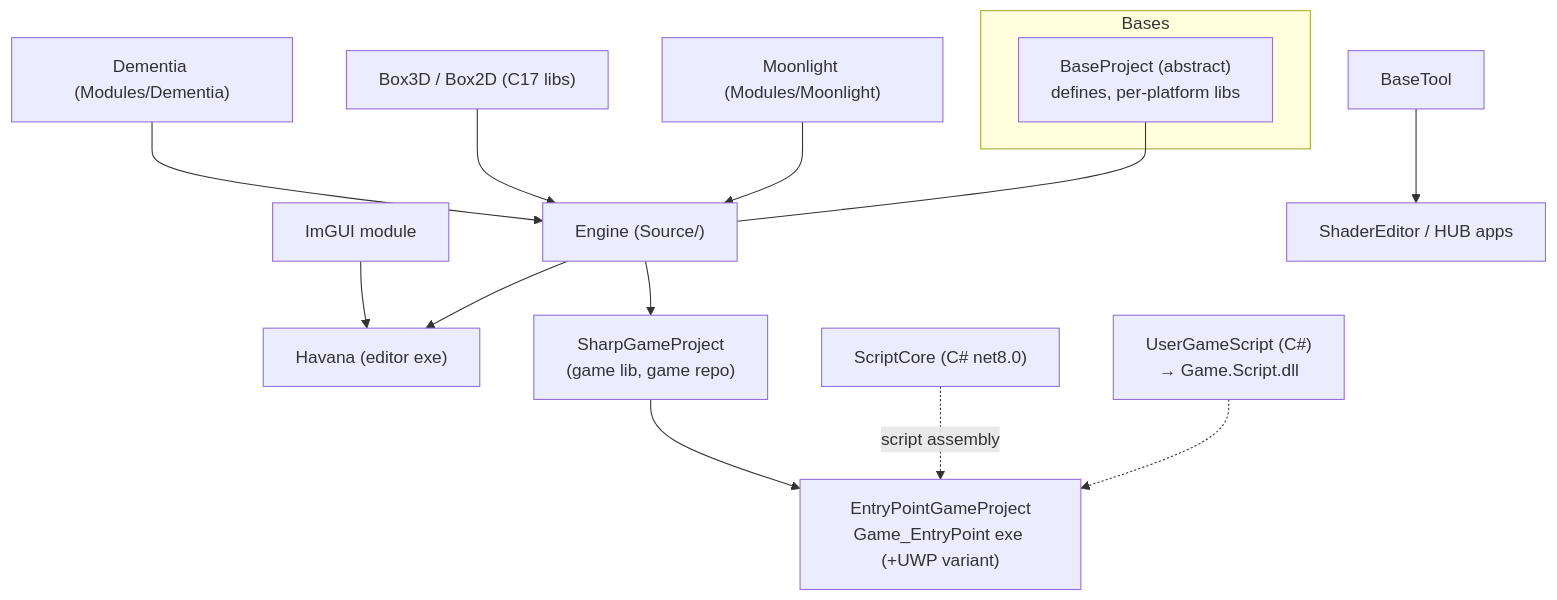
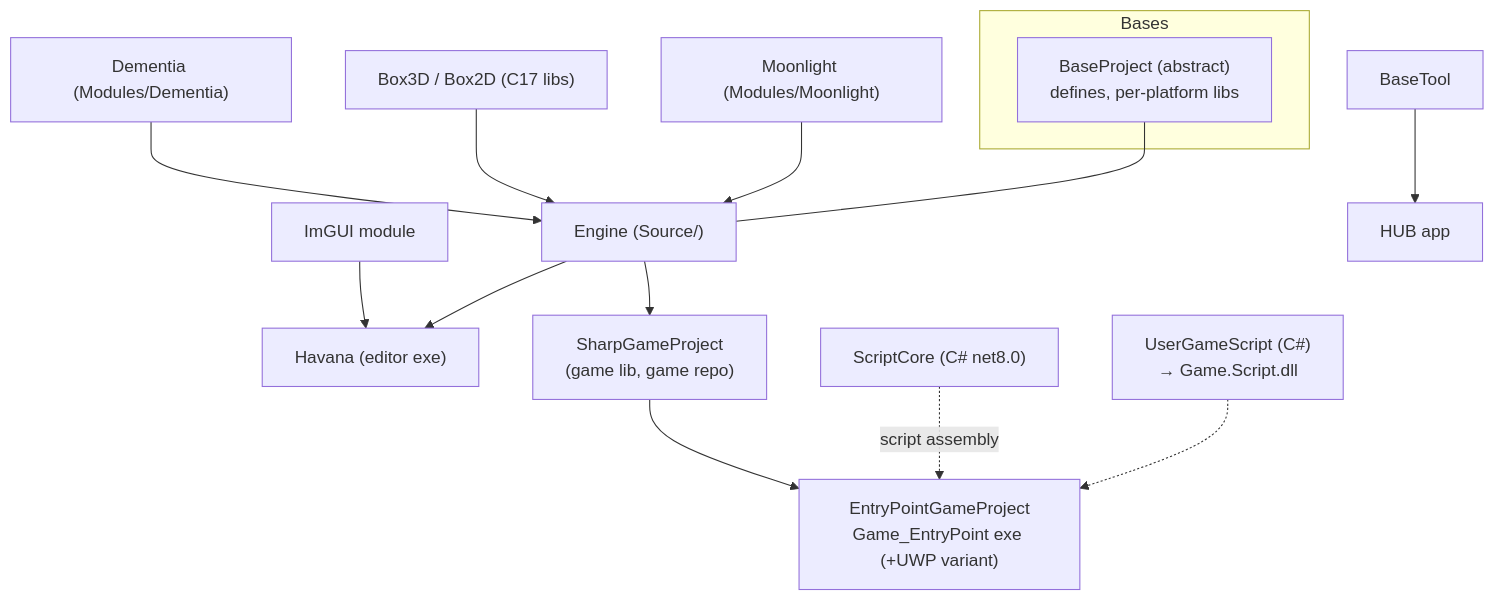
One commit to wobbier/MitchEngine changed the diagram in Docs/Build-System.md. Above: the diagram before and after it, drawn with Mermaid. The commit also changed other lines of this file and 96 other files, not shown here.

First line of the commit message:
🎨 Shader graph foundations: typed compiler, shared lighting, runtime material

````diff
--- a/Docs/Build-System.md
+++ b/Docs/Build-System.md
@@ -34,17 +34,17 @@
 ```mermaid
 flowchart TD
     subgraph Bases
         BP["BaseProject (abstract)<br/>defines, per-platform libs"]
     end
     D["Dementia (Modules/Dementia)"] --> E
     BX["Box3D / Box2D (C17 libs)"] --> E
     ML["Moonlight (Modules/Moonlight)"] --> E
     IM["ImGUI module"] --> H
     E["Engine (Source/)"] --> H["Havana (editor exe)"]
     E --> GL["SharpGameProject<br/>(game lib, game repo)"]
     GL --> EP["EntryPointGameProject<br/>Game_EntryPoint exe (+UWP variant)"]
     SC["ScriptCore (C# net8.0)"] -.script assembly.-> EP
     UGS["UserGameScript (C#)<br/>→ Game.Script.dll"] -.-> EP
-    BT["BaseTool"] --> SE2["ShaderEditor / HUB apps"]
+    BT["BaseTool"] --> SE2["HUB app"]
     BP --- E
 ```
````
